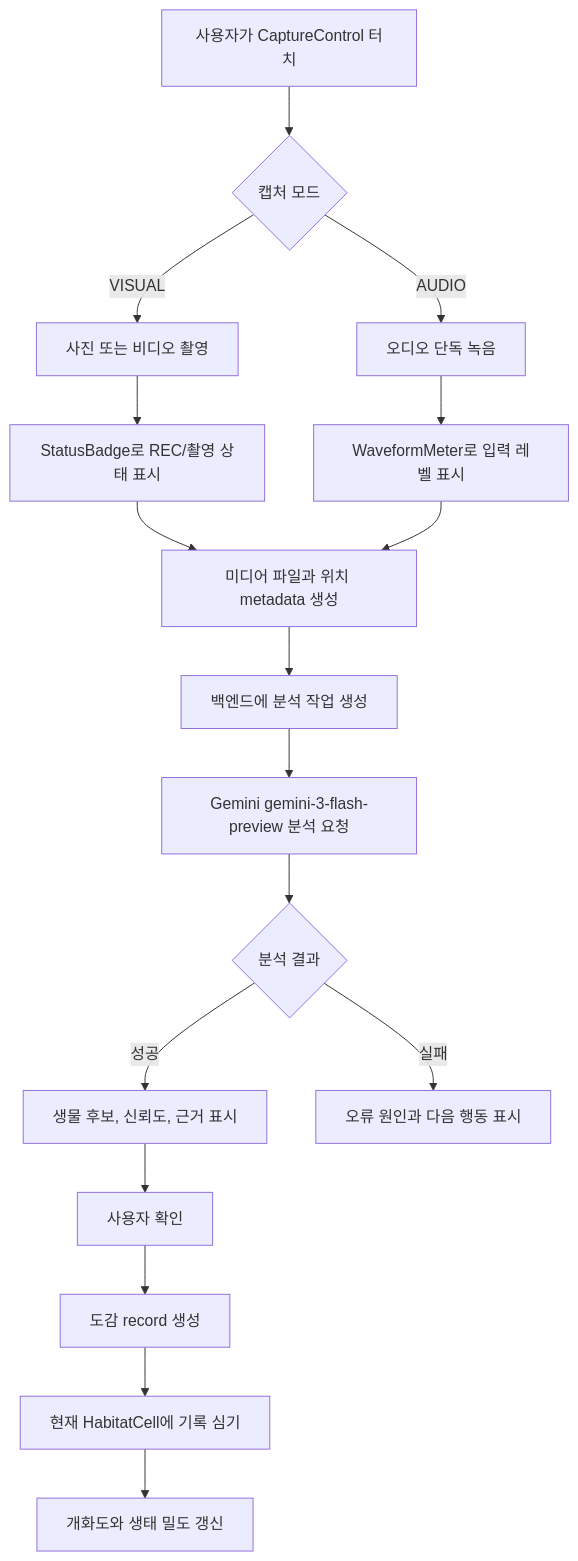
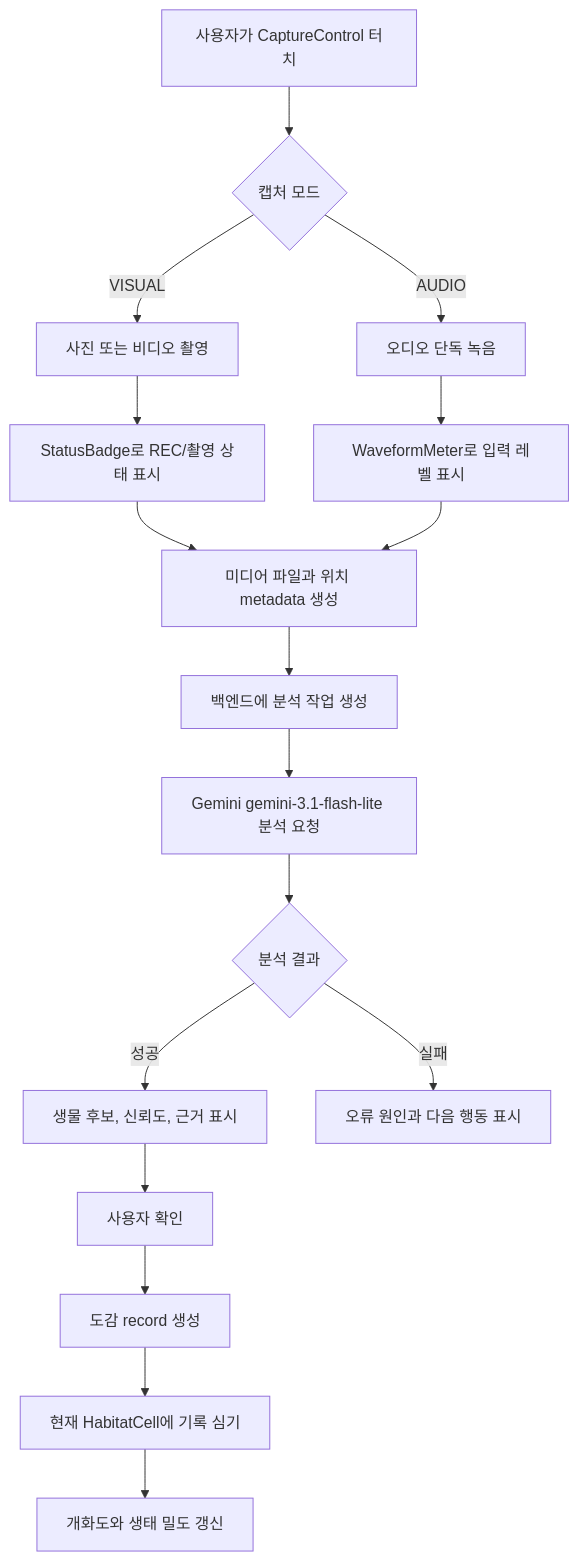
One commit to sanghoon3203/nurmor changed the first of 3 diagrams in docs/workflow.md. Above: the diagram before and after it, drawn with Mermaid. The commit also changed 29 other files, not shown here.

Commit message:
feat: connect mobile observation flow

````diff
--- a/docs/workflow.md
+++ b/docs/workflow.md
@@ -7,22 +7,22 @@
 ```mermaid
 graph TD
     A[사용자가 CaptureControl 터치] --> B{캡처 모드}
     B -- VISUAL --> C1[사진 또는 비디오 촬영]
     B -- AUDIO --> C2[오디오 단독 녹음]
 
     C1 --> D1[StatusBadge로 REC/촬영 상태 표시]
     C2 --> D2[WaveformMeter로 입력 레벨 표시]
 
     D1 --> E[미디어 파일과 위치 metadata 생성]
     D2 --> E
     E --> F[백엔드에 분석 작업 생성]
-    F --> G[Gemini gemini-3-flash-preview 분석 요청]
+    F --> G[Gemini gemini-3.1-flash-lite 분석 요청]
     G --> H{분석 결과}
 
     H -- 성공 --> I[생물 후보, 신뢰도, 근거 표시]
     H -- 실패 --> J[오류 원인과 다음 행동 표시]
     I --> K[사용자 확인]
     K --> L[도감 record 생성]
     L --> M[현재 HabitatCell에 기록 심기]
     M --> N[개화도와 생태 밀도 갱신]
 ```
````
